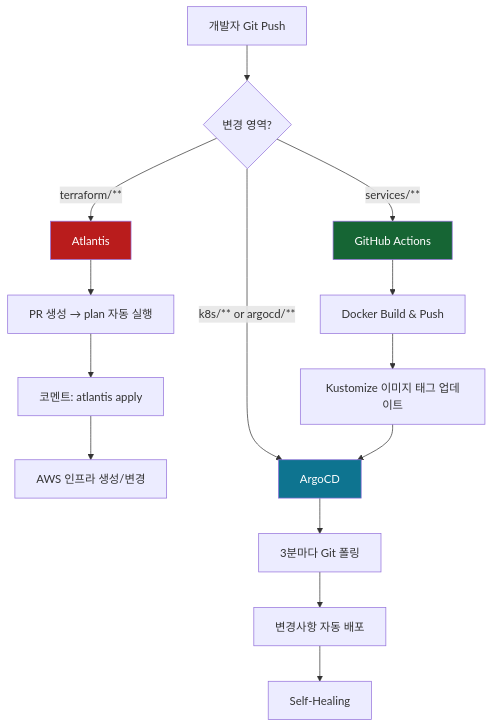
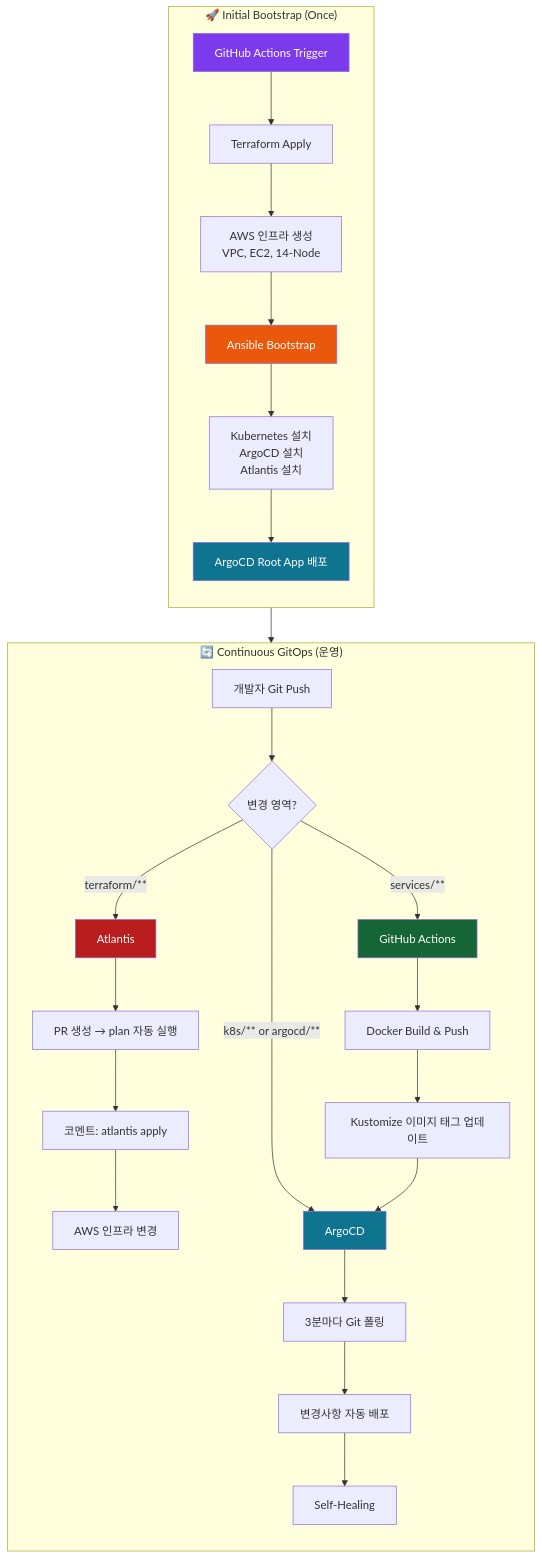
Before and after one commit to eco2-team/backend: the diagram in PR_DESCRIPTION_MAIN.md, drawn with Mermaid. The commit also changed other lines of this file and 1 other file, not shown here.

First line of the commit message:
docs: Add comprehensive GitOps workflow diagrams with Ansible Bootstrap phase

````diff
--- a/PR_DESCRIPTION_MAIN.md
+++ b/PR_DESCRIPTION_MAIN.md
@@ -213,23 +213,40 @@
 ```mermaid
 graph TB
-    A[개발자 Git Push] --> B{변경 영역?}
+    subgraph Bootstrap["🚀 Initial Bootstrap (Once)"]
+        direction TB
+        BS1[GitHub Actions Trigger] --> BS2[Terraform Apply]
+        BS2 --> BS3[AWS 인프라 생성<br/>VPC, EC2, 14-Node]
+        BS3 --> BS4[Ansible Bootstrap]
+        BS4 --> BS5[Kubernetes 설치<br/>ArgoCD 설치<br/>Atlantis 설치]
+        BS5 --> BS6[ArgoCD Root App 배포]
+    end
     
-    B -->|terraform/**| C[Atlantis]
-    C --> D[PR 생성 → plan 자동 실행]
-    D --> E[코멘트: atlantis apply]
-    E --> F[AWS 인프라 생성/변경]
+    subgraph GitOps["🔄 Continuous GitOps (운영)"]
+        direction TB
+        A[개발자 Git Push] --> B{변경 영역?}
+        
+        B -->|terraform/**| C[Atlantis]
+        C --> D[PR 생성 → plan 자동 실행]
+        D --> E[코멘트: atlantis apply]
+        E --> F[AWS 인프라 변경]
+        
+        B -->|k8s/** or argocd/**| G[ArgoCD]
+        G --> H[3분마다 Git 폴링]
+        H --> I[변경사항 자동 배포]
+        I --> J[Self-Healing]
+        
+        B -->|services/**| K[GitHub Actions]
+        K --> L[Docker Build & Push]
+        L --> M[Kustomize 이미지 태그 업데이트]
+        M --> G
+    end
     
-    B -->|k8s/** or argocd/**| G[ArgoCD]
-    G --> H[3분마다 Git 폴링]
-    H --> I[변경사항 자동 배포]
-    I --> J[Self-Healing]
+    BS6 --> A
     
-    B -->|services/**| K[GitHub Actions]
-    K --> L[Docker Build & Push]
-    L --> M[Kustomize 이미지 태그 업데이트]
-    M --> G
-    
+    style BS1 fill:#7c3aed,color:#fff
+    style BS4 fill:#ea580c,color:#fff
+    style BS6 fill:#0e7490,color:#fff
     style C fill:#b91c1c,color:#fff
     style G fill:#0e7490,color:#fff
     style K fill:#166534,color:#fff
 ```
````
